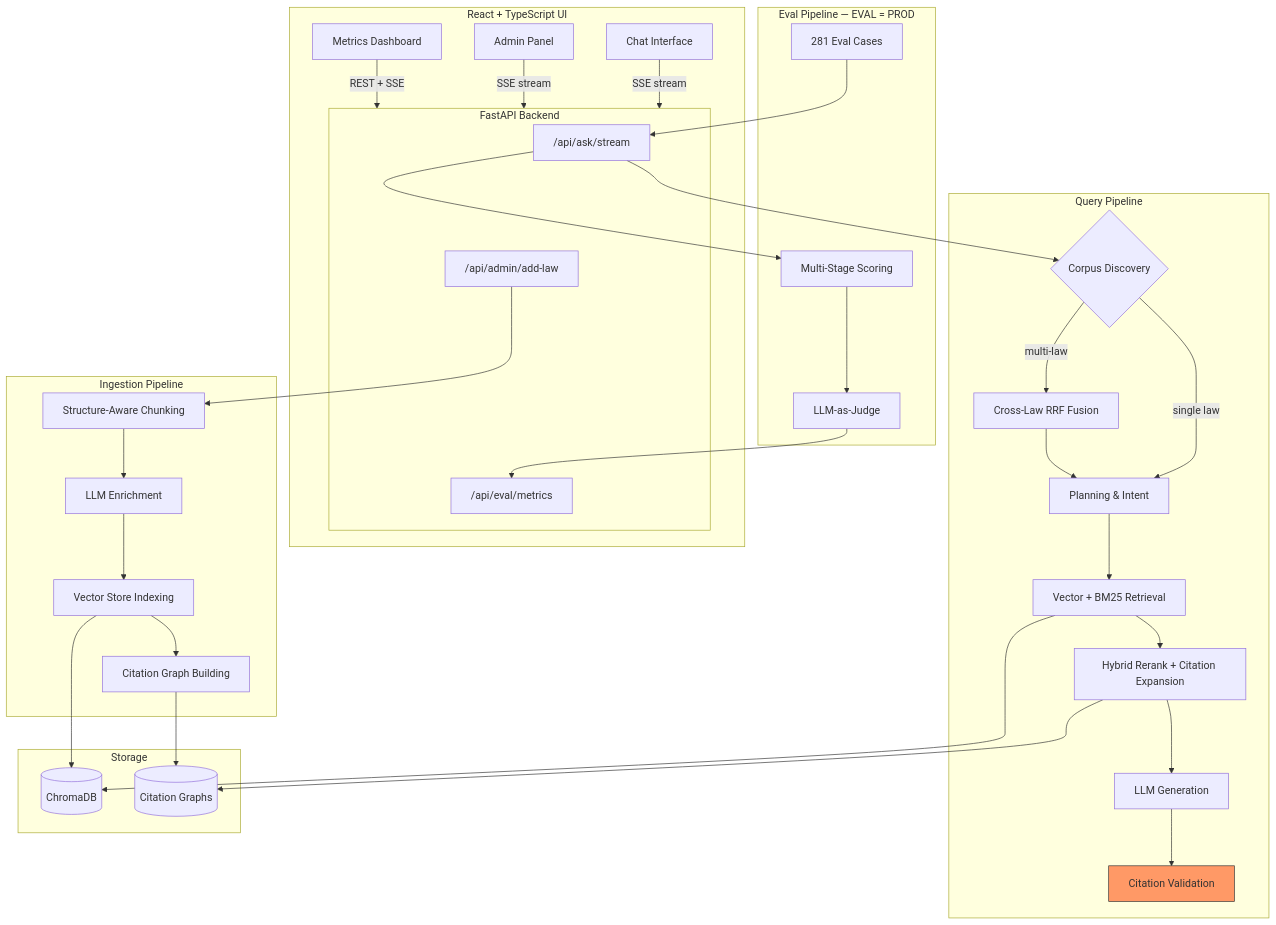
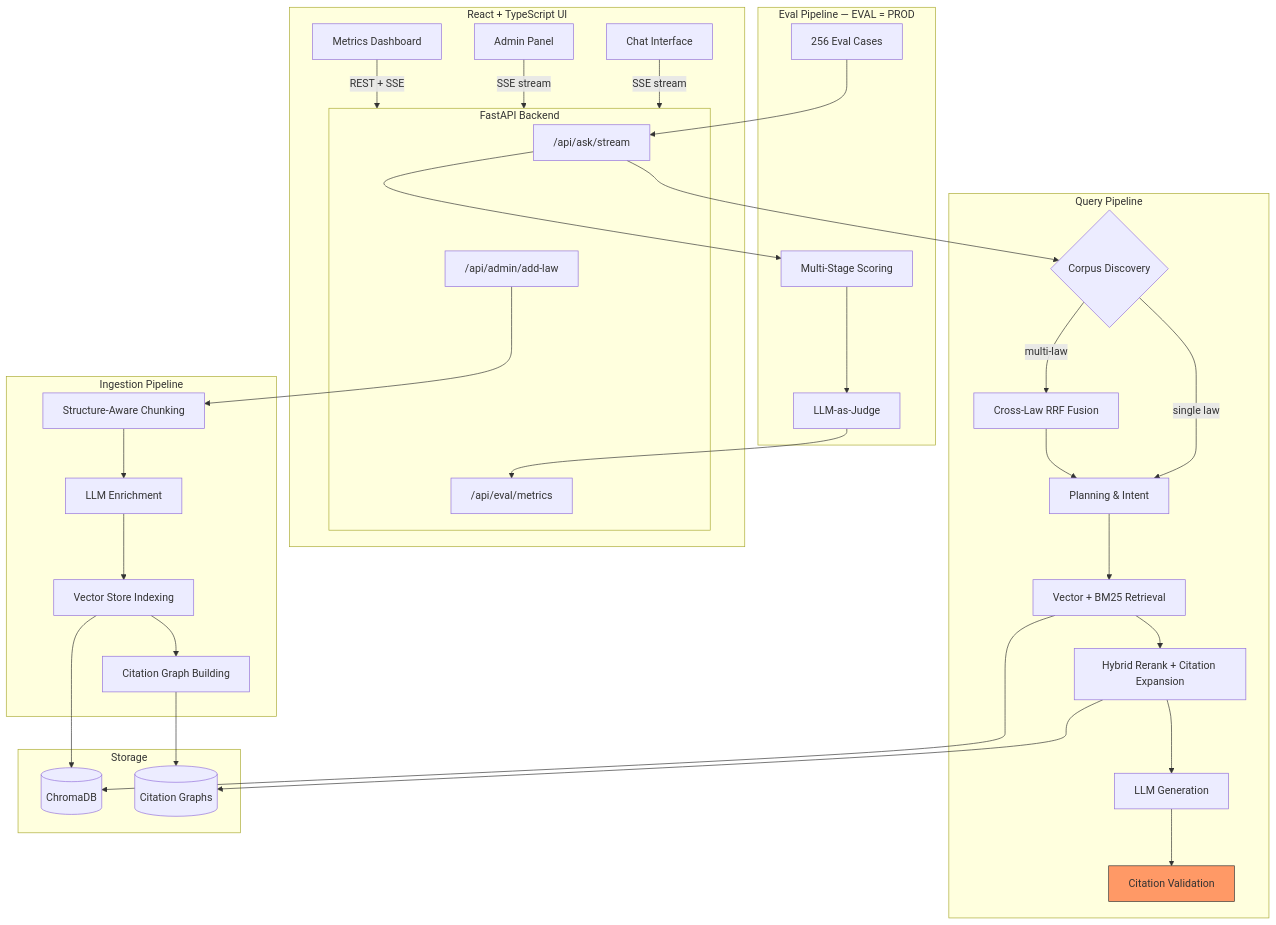
Before and after one commit to tomashermansen-lang/eulex-rag: the first of 6 diagrams in README.md, drawn with Mermaid. The commit also changed other lines of this file, not shown here.

First line of the commit message:
docs: single source of truth for eval counts (256 golden cases)

````diff
--- a/README.md
+++ b/README.md
@@ -69,51 +69,51 @@
 ```mermaid
 flowchart TD
   subgraph UI["React + TypeScript UI"]
     CHAT["Chat Interface"] -->|"SSE stream"| API
     ADMIN["Admin Panel"] -->|"SSE stream"| API
     METRICS["Metrics Dashboard"] -->|"REST + SSE"| API
   end
 
   subgraph API["FastAPI Backend"]
     ASK["/api/ask/stream"]
     ING["/api/admin/add-law"]
     EVAL_API["/api/eval/metrics"]
   end
 
   subgraph QueryPipeline["Query Pipeline"]
     ASK --> DISC{"Corpus Discovery"}
     DISC -->|"single law"| PLAN["Planning & Intent"]
     DISC -->|"multi-law"| MULTI["Cross-Law RRF Fusion"]
     MULTI --> PLAN
     PLAN --> RET["Vector + BM25 Retrieval"]
     RET --> RANK["Hybrid Rerank + Citation Expansion"]
     RANK --> GEN["LLM Generation"]
     GEN --> VAL["Citation Validation"]
   end
 
   subgraph IngestionPipeline["Ingestion Pipeline"]
     ING --> CHUNK["Structure-Aware Chunking"]
     CHUNK --> ENRICH["LLM Enrichment"]
     ENRICH --> INDEX["Vector Store Indexing"]
     INDEX --> GRAPH["Citation Graph Building"]
   end
 
   subgraph EvalPipeline["Eval Pipeline — EVAL = PROD"]
-    CASES["281 Eval Cases"] --> ASK
+    CASES["256 Eval Cases"] --> ASK
     ASK --> SCORE["Multi-Stage Scoring"]
     SCORE --> JUDGE["LLM-as-Judge"]
     JUDGE --> EVAL_API
   end
 
   subgraph Storage["Storage"]
     CHROMA[("ChromaDB")]
     CITG[("Citation Graphs")]
   end
 
   RET --> CHROMA
   RANK --> CITG
   INDEX --> CHROMA
   GRAPH --> CITG
 
   style VAL fill:#f96,stroke:#333
 ```
````
